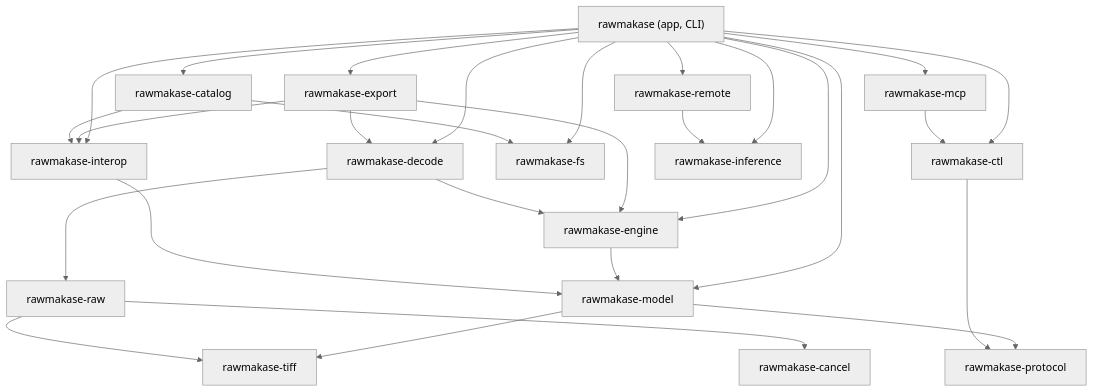
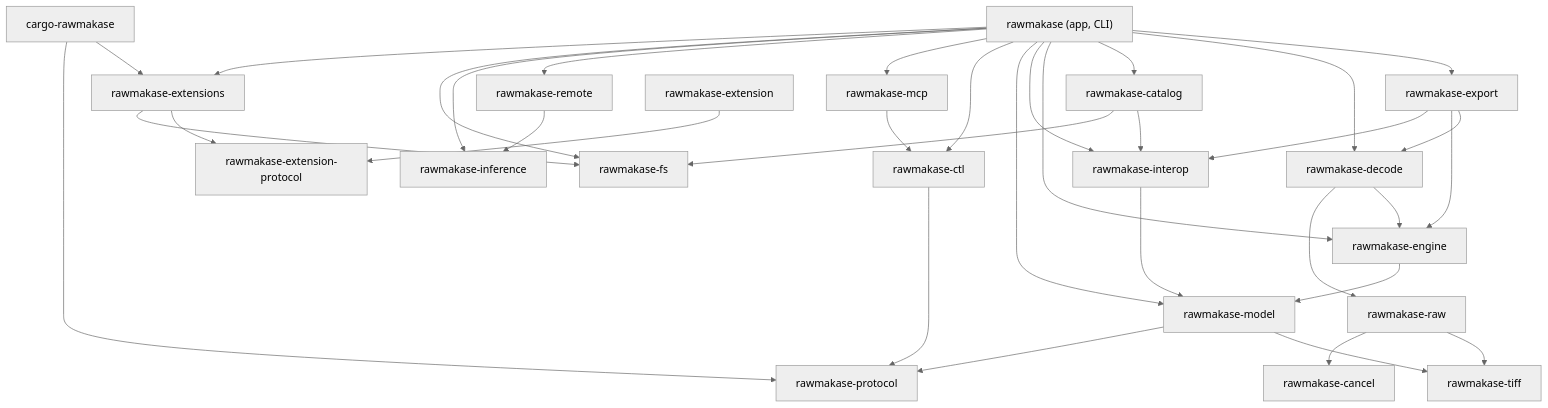
Before and after one commit to pch/rawmakase: the diagram in docs/architecture.md, drawn with Mermaid (neutral theme). The commit also changed other lines of this file and 7 other files, not shown here.

First line of the commit message:
Document extensions: overview, manifest, protocol, publishing

````diff
--- a/docs/architecture.md
+++ b/docs/architecture.md
@@ -15,32 +15,39 @@
 ```mermaid
 flowchart TD
     app["rawmakase (app, CLI)"]
     export[rawmakase-export]
     decode[rawmakase-decode]
     catalog[rawmakase-catalog]
     engine[rawmakase-engine]
     interop[rawmakase-interop]
     model[rawmakase-model]
     raw[rawmakase-raw]
     tiff[rawmakase-tiff]
     cancel[rawmakase-cancel]
     fs[rawmakase-fs]
     protocol[rawmakase-protocol]
     ctl[rawmakase-ctl]
     mcp[rawmakase-mcp]
     remote[rawmakase-remote]
     inference[rawmakase-inference]
+    exthost[rawmakase-extensions]
+    extprotocol[rawmakase-extension-protocol]
+    sdk[rawmakase-extension]
+    cargoext[cargo-rawmakase]
 
     app --> export & decode & catalog & engine & interop & model
-    app --> ctl & mcp & remote & inference & fs
+    app --> ctl & mcp & remote & inference & fs & exthost
     export --> decode & engine & interop
     decode --> engine & raw
     catalog --> interop & fs
     engine --> model
     interop --> model
     model --> tiff & protocol
     raw --> tiff & cancel
     ctl --> protocol
     mcp --> ctl
     remote --> inference
+    exthost --> extprotocol & fs
+    sdk --> extprotocol
+    cargoext --> exthost & protocol
 ```
````
